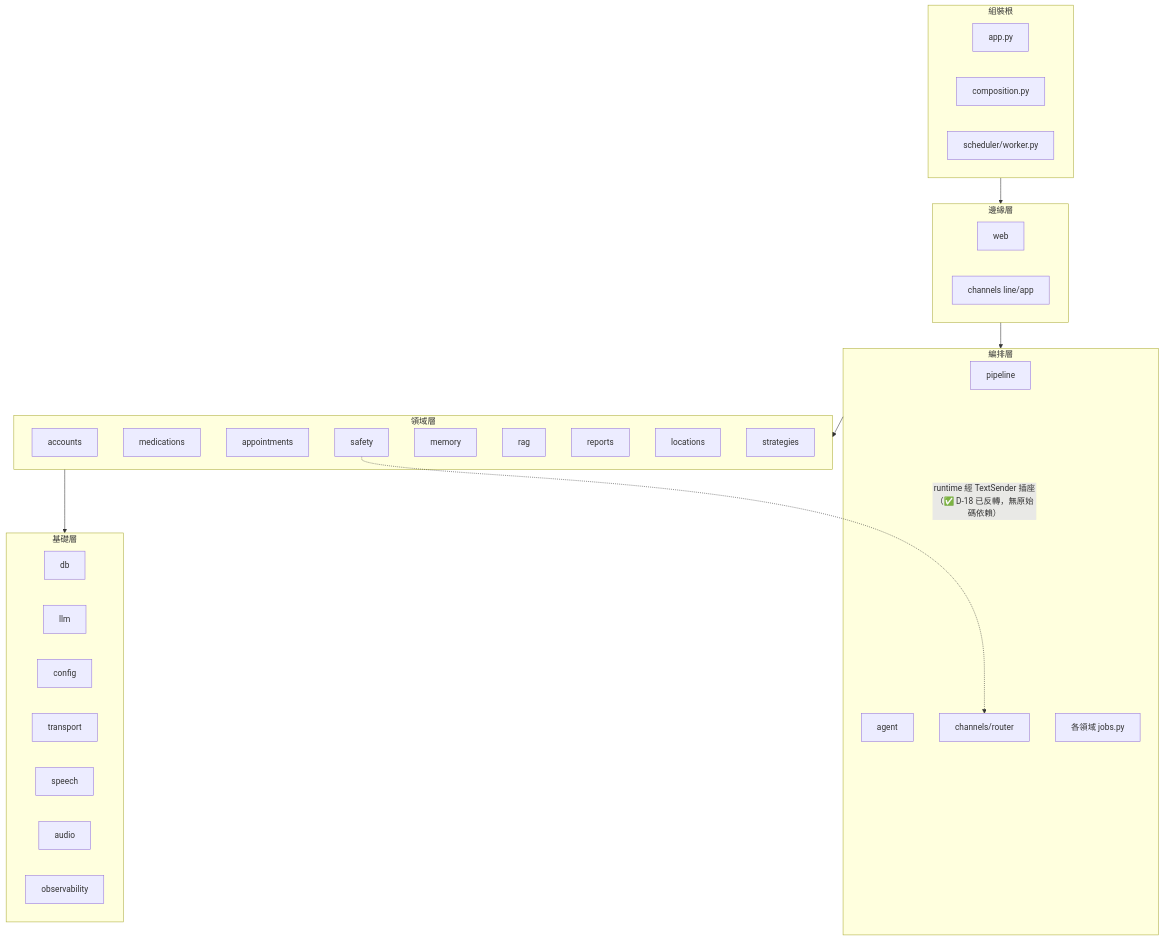
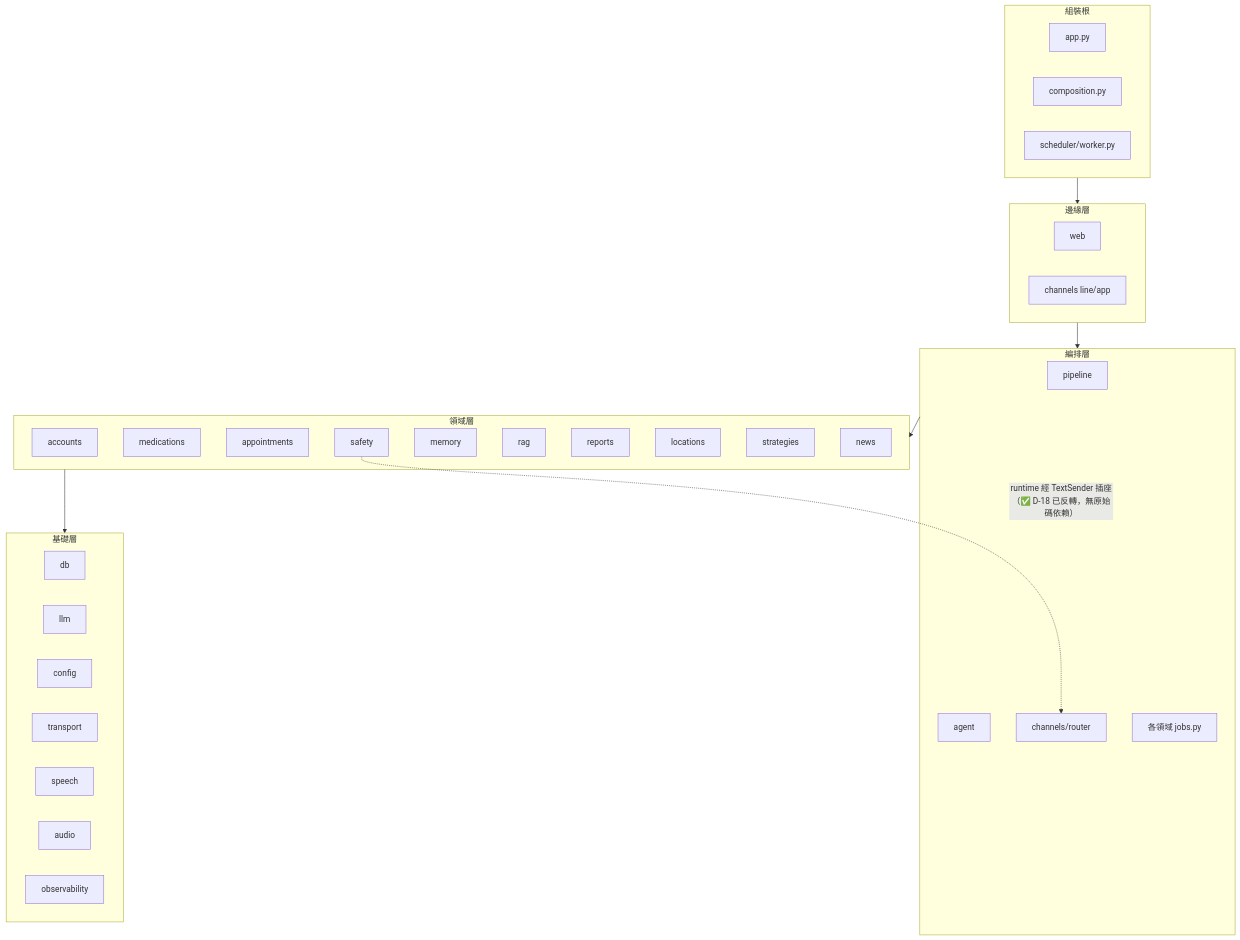
The diagram in docs/dev/09_模組依賴關係.md (leo53021313/kinsun), drawn with Mermaid before and after one commit. The commit also changed other lines of this file and 9 other files, not shown here.

````diff
--- a/docs/dev/09_模組依賴關係.md
+++ b/docs/dev/09_模組依賴關係.md
@@ -19,20 +19,20 @@
 ```mermaid
 graph TD
     subgraph 組裝根
         APP[app.py] & COMP[composition.py] & WORKER[scheduler/worker.py]
     end
     subgraph 邊緣層
         WEB[web] & CH[channels line/app]
     end
     subgraph 編排層
         PIPE[pipeline] & AGENT[agent] & ROUTER[channels/router] & JOBS[各領域 jobs.py]
     end
     subgraph 領域層
-        ACC[accounts] & MED[medications] & APPT[appointments] & SAFE[safety] & MEM[memory] & RAG[rag] & REP[reports] & LOC[locations] & STRAT[strategies]
+        ACC[accounts] & MED[medications] & APPT[appointments] & SAFE[safety] & MEM[memory] & RAG[rag] & REP[reports] & LOC[locations] & STRAT[strategies] & NEWS[news]
     end
     subgraph 基礎層
         DB[db] & LLM[llm] & CFG[config] & TR[transport] & SP[speech] & AU[audio] & OBS[observability]
     end
     組裝根 --> 邊緣層 --> 編排層 --> 領域層 --> 基礎層
     SAFE -. "runtime 經 TextSender 插座（✅ D-18 已反轉，無原始碼依賴）" .-> ROUTER
 ```
````
